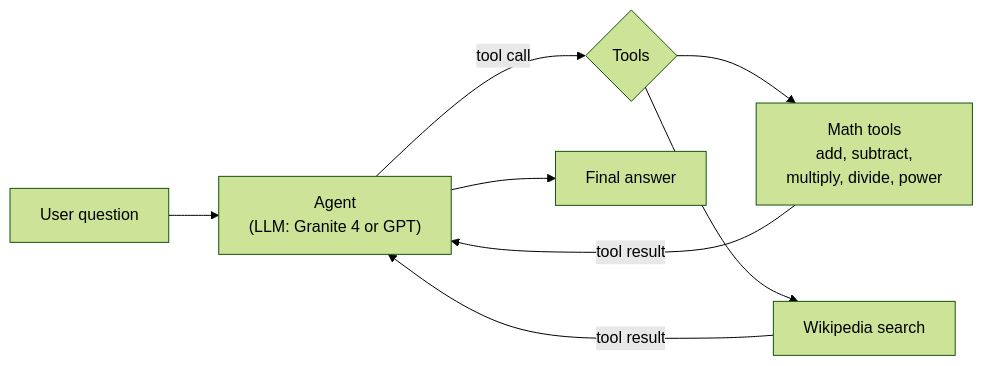
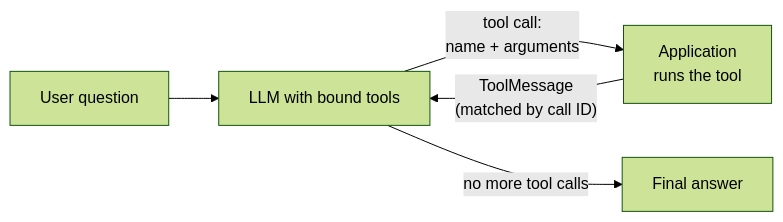
Before and after one commit to danezi/ibm-rag-agentic-ai-portfolio: the first of 2 diagrams in courses/06-building-ai-agents/README.md, drawn with Mermaid (forest theme). The commit also changed other lines of this file and 6 other files, not shown here.

````diff
--- a/courses/06-building-ai-agents/README.md
+++ b/courses/06-building-ai-agents/README.md
@@ -11,10 +13,7 @@
 ```mermaid
 flowchart LR
-    Q["User question"] --> A["Agent<br/>(LLM: Granite 4 or GPT)"]
-    A -->|tool call| T{"Tools"}
-    T --> M["Math tools<br/>add, subtract,<br/>multiply, divide, power"]
-    T --> W["Wikipedia search"]
-    M -->|tool result| A
-    W -->|tool result| A
-    A --> R["Final answer"]
+    Q["User question"] --> LLM["LLM with bound tools"]
+    LLM -->|"tool call:<br/>name + arguments"| APP["Application<br/>runs the tool"]
+    APP -->|"ToolMessage<br/>(matched by call ID)"| LLM
+    LLM -->|no more tool calls| A["Final answer"]
 ```
````
